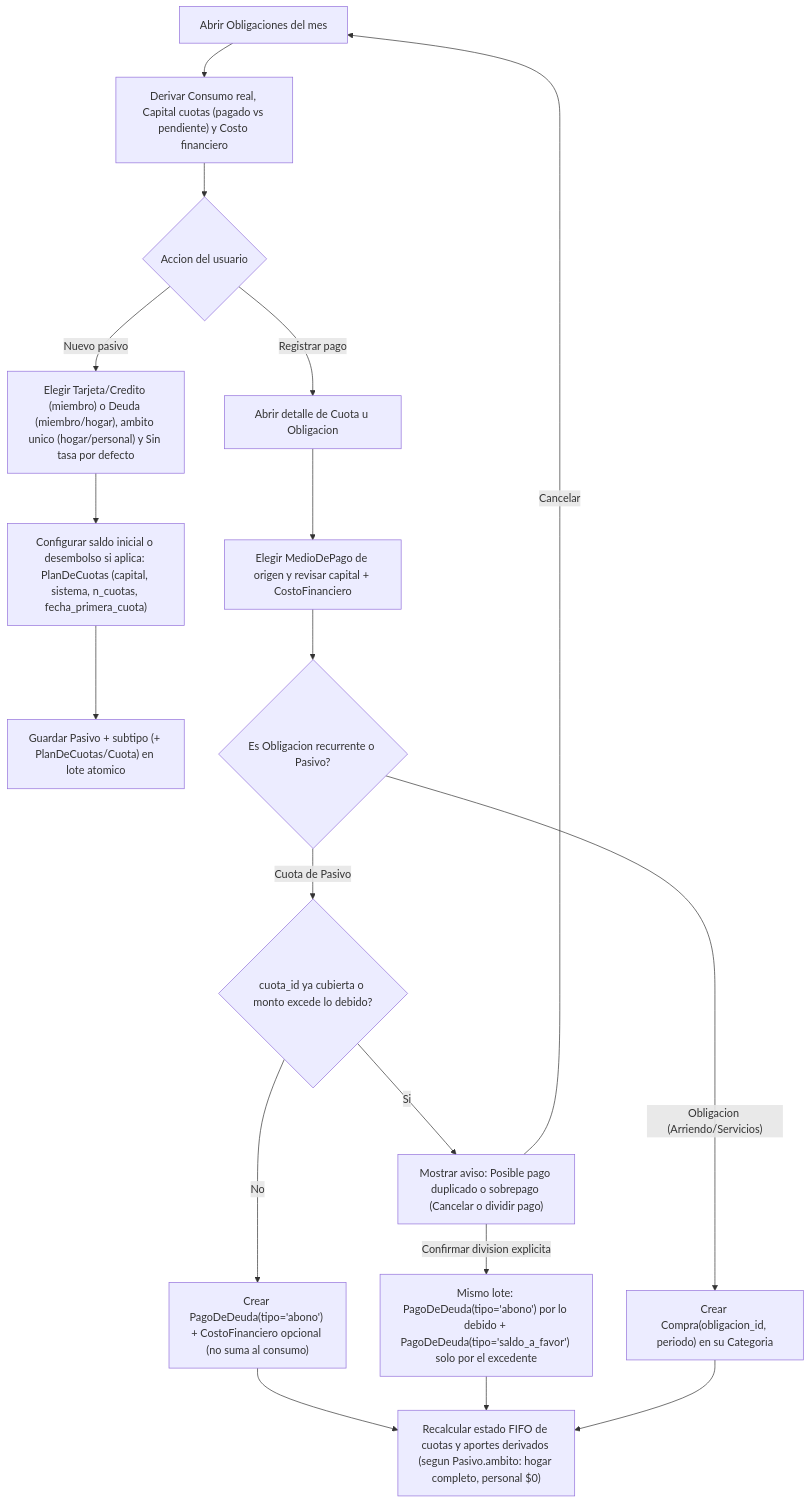
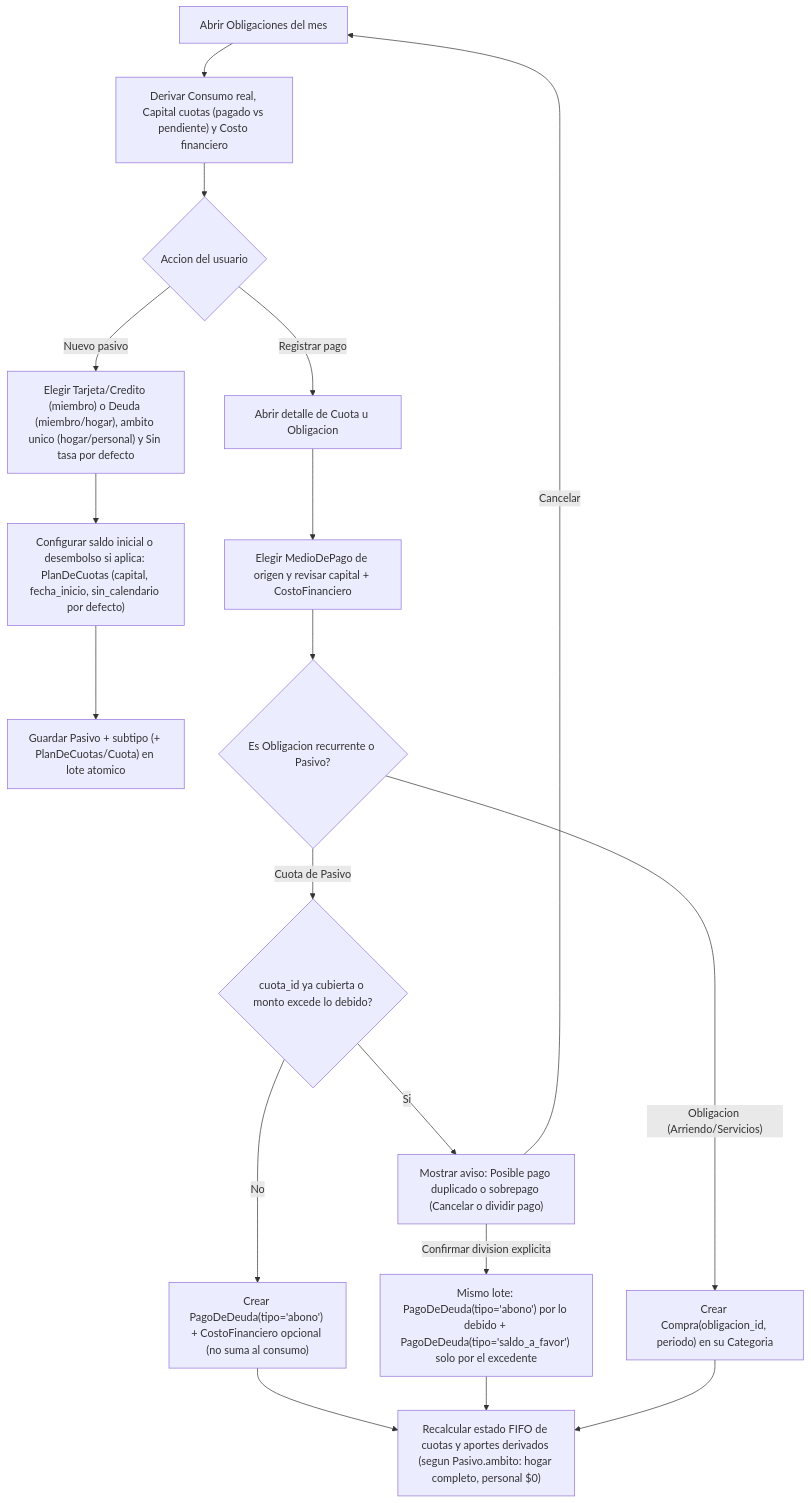
One commit to meperdev/hogar-app changed the diagram in docs/flows/obligaciones-del-mes.md. Above: the diagram before and after it, drawn with Mermaid. The commit also changed other lines of this file and 8 other files, not shown here.

````diff
--- a/docs/flows/obligaciones-del-mes.md
+++ b/docs/flows/obligaciones-del-mes.md
@@ -87,20 +88,20 @@
 ```mermaid
 flowchart TD
     A["Abrir Obligaciones del mes"] --> B["Derivar Consumo real, Capital cuotas (pagado vs pendiente) y Costo financiero"]
     B --> C{"Accion del usuario"}
     C -- "Nuevo pasivo" --> D["Elegir Tarjeta/Credito (miembro) o Deuda (miembro/hogar), ambito unico (hogar/personal) y Sin tasa por defecto"]
-    D --> E["Configurar saldo inicial o desembolso si aplica: PlanDeCuotas (capital, sistema, n_cuotas, fecha_primera_cuota)"]
+    D --> E["Configurar saldo inicial o desembolso si aplica: PlanDeCuotas (capital, fecha_inicio, sin_calendario por defecto)"]
     E --> F["Guardar Pasivo + subtipo (+ PlanDeCuotas/Cuota) en lote atomico"]
     C -- "Registrar pago" --> I["Abrir detalle de Cuota u Obligacion"]
     I --> J["Elegir MedioDePago de origen y revisar capital + CostoFinanciero"]
     J --> K{"Es Obligacion recurrente o Pasivo?"}
     K -- "Obligacion (Arriendo/Servicios)" --> P["Crear Compra(obligacion_id, periodo) en su Categoria"]
     K -- "Cuota de Pasivo" --> L{"cuota_id ya cubierta o monto excede lo debido?"}
     L -- Si --> M["Mostrar aviso: Posible pago duplicado o sobrepago (Cancelar o dividir pago)"]
     M -- Cancelar --> A
     M -- "Confirmar division explicita" --> O2["Mismo lote: PagoDeDeuda(tipo='abono') por lo debido + PagoDeDeuda(tipo='saldo_a_favor') solo por el excedente"]
     L -- No --> O["Crear PagoDeDeuda(tipo='abono') + CostoFinanciero opcional (no suma al consumo)"]
     O --> R["Recalcular estado FIFO de cuotas y aportes derivados (segun Pasivo.ambito: hogar completo, personal $0)"]
     O2 --> R
     P --> R
 ```
````
